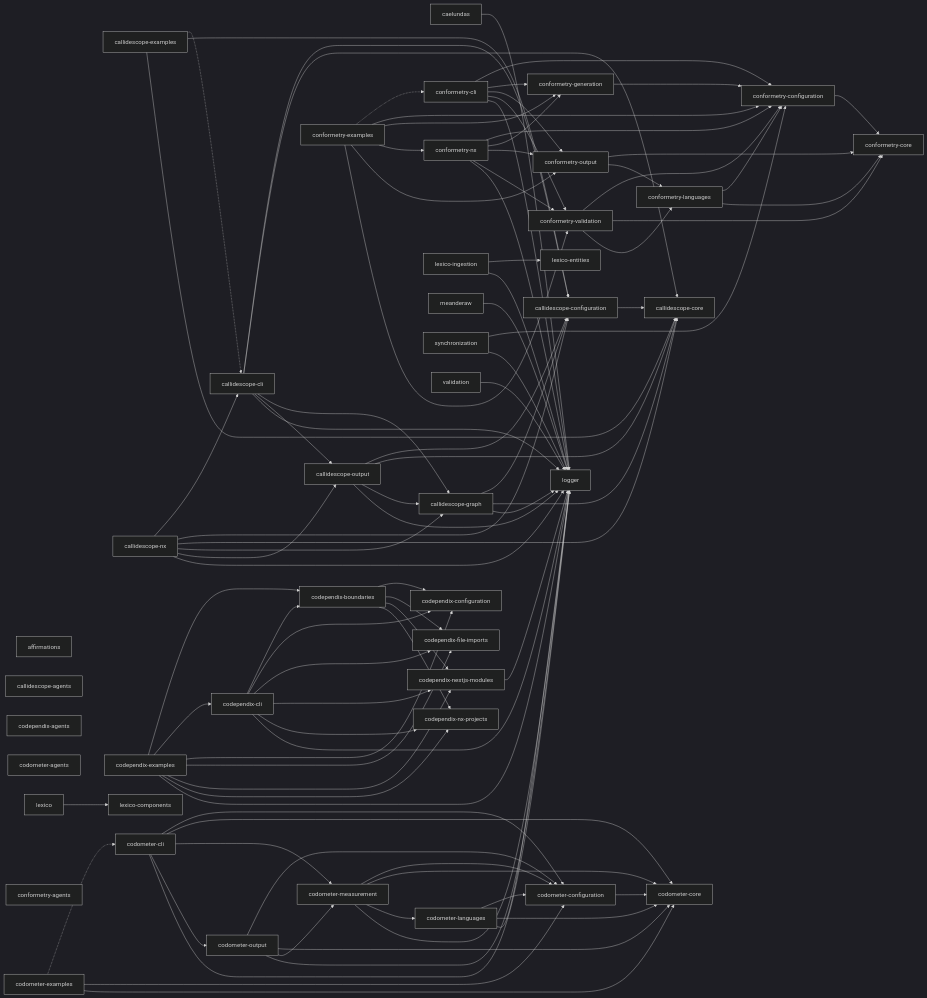
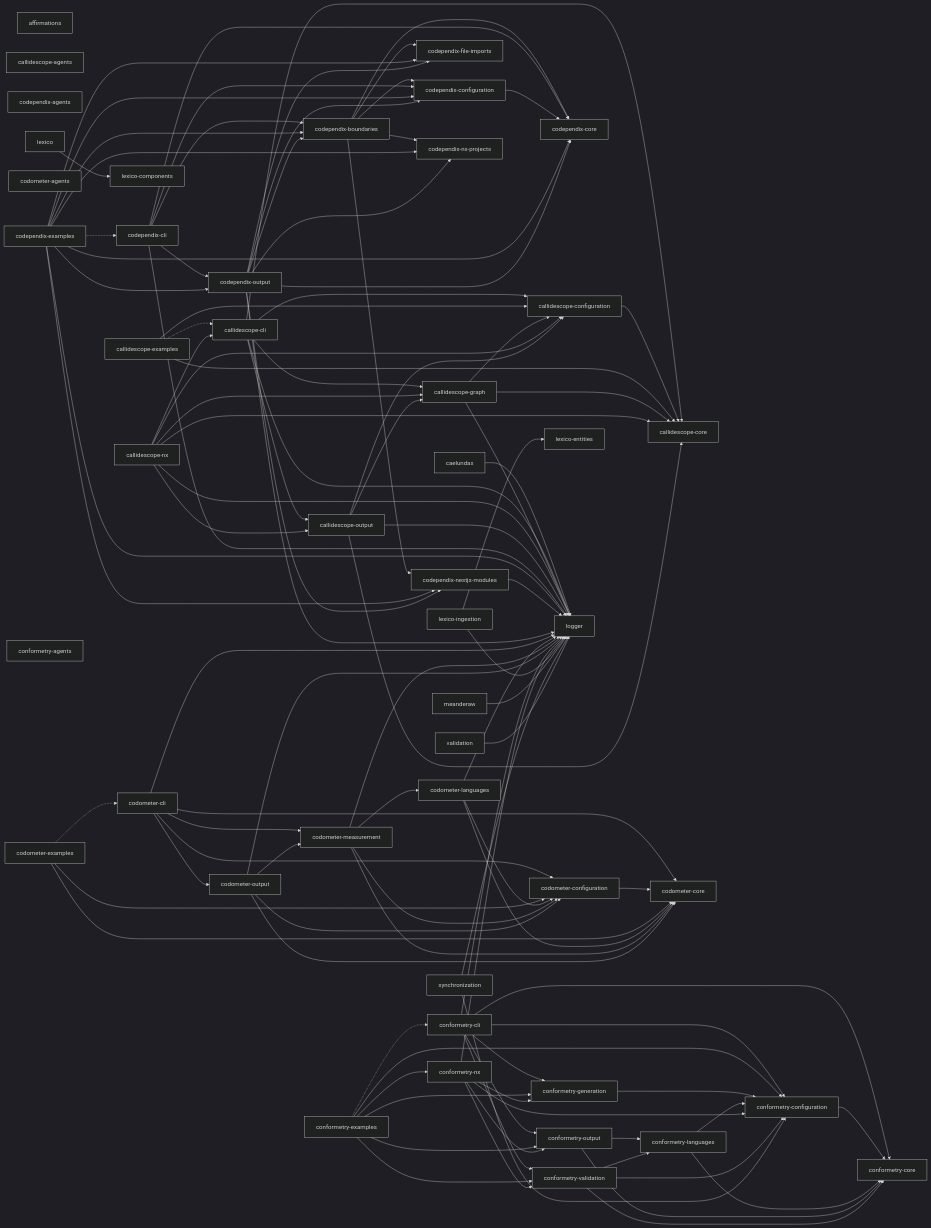
Before and after one commit to JimmyPaolini/codebase: the diagram in README.md, drawn with Mermaid (dark theme). The commit also changed other lines of this file and 6 other files, not shown here.

```diff
--- a/README.md
+++ b/README.md
@@ -200,10 +200,12 @@
   codependix_boundaries["codependix-boundaries"]
   codependix_cli["codependix-cli"]
   codependix_configuration["codependix-configuration"]
+  codependix_core["codependix-core"]
   codependix_examples["codependix-examples"]
   codependix_file_imports["codependix-file-imports"]
   codependix_nestjs_modules["codependix-nestjs-modules"]
   codependix_nx_projects["codependix-nx-projects"]
+  codependix_output["codependix-output"]
   codometer_agents["codometer-agents"]
   codometer_cli["codometer-cli"]
   codometer_configuration["codometer-configuration"]
@@ -254,23 +256,33 @@
   callidescope_output --> callidescope_graph
   callidescope_output --> logger
   codependix_boundaries --> codependix_configuration
+  codependix_boundaries --> codependix_core
   codependix_boundaries --> codependix_file_imports
   codependix_boundaries --> codependix_nestjs_modules
   codependix_boundaries --> codependix_nx_projects
   codependix_cli --> codependix_boundaries
   codependix_cli --> codependix_configuration
-  codependix_cli --> codependix_file_imports
-  codependix_cli --> codependix_nestjs_modules
-  codependix_cli --> codependix_nx_projects
+  codependix_cli --> codependix_core
+  codependix_cli --> codependix_output
   codependix_cli --> logger
+  codependix_configuration --> codependix_core
   codependix_examples --> codependix_boundaries
-  codependix_examples --> codependix_cli
+  codependix_examples -.-> codependix_cli
   codependix_examples --> codependix_configuration
+  codependix_examples --> codependix_core
   codependix_examples --> codependix_file_imports
   codependix_examples --> codependix_nestjs_modules
   codependix_examples --> codependix_nx_projects
+  codependix_examples --> codependix_output
   codependix_examples --> logger
   codependix_nestjs_modules --> logger
+  codependix_output --> codependix_boundaries
+  codependix_output --> codependix_configuration
+  codependix_output --> codependix_core
+  codependix_output --> codependix_file_imports
+  codependix_output --> codependix_nestjs_modules
+  codependix_output --> codependix_nx_projects
+  codependix_output --> logger
   codometer_cli --> codometer_configuration
   codometer_cli --> codometer_core
   codometer_cli --> codometer_measurement
@@ -292,6 +304,7 @@
   codometer_output --> codometer_measurement
   codometer_output --> logger
   conformetry_cli --> conformetry_configuration
+  conformetry_cli --> conformetry_core
   conformetry_cli --> conformetry_generation
   conformetry_cli --> conformetry_output
   conformetry_cli --> conformetry_validation
```
